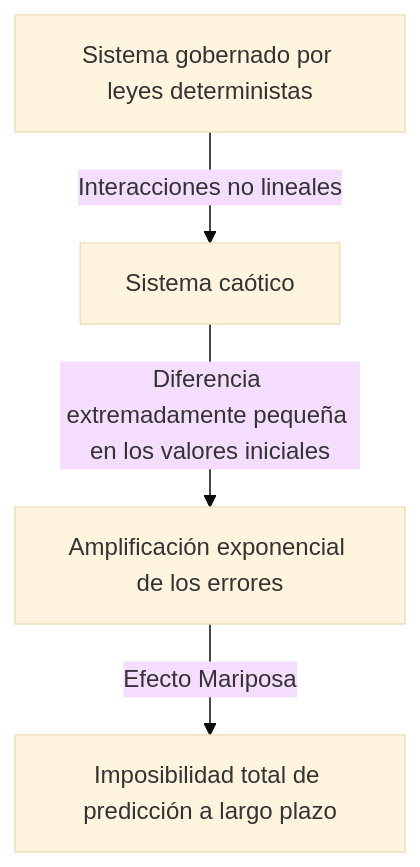
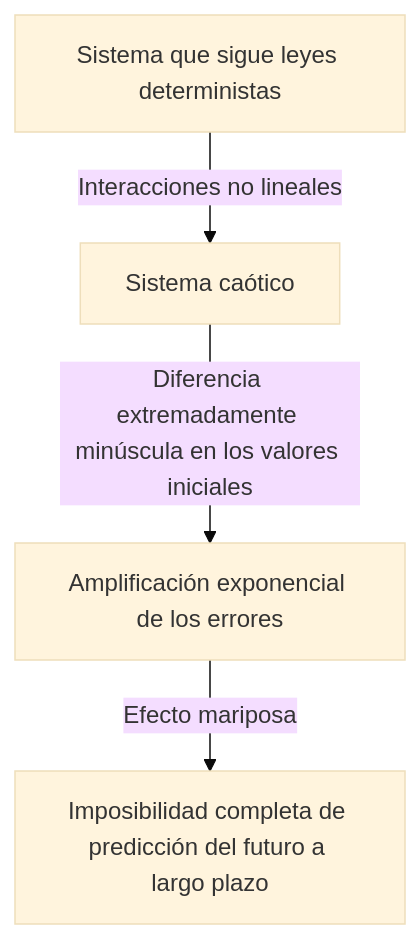
One commit to kenjinote/blog changed the first of 2 diagrams in content/post/chaos-theory/index.es.md. Above: the diagram before and after it, drawn with Mermaid (base theme). The commit also changed other lines of this file and 97 other files, not shown here.

````diff
--- a/content/post/chaos-theory/index.es.md
+++ b/content/post/chaos-theory/index.es.md
@@ -38,6 +38,6 @@
 ```mermaid
 graph TD
-    A["Sistema gobernado por leyes deterministas"] -->|"Interacciones no lineales"| B["Sistema caótico"]
-    B -->|"Diferencia extremadamente pequeña en los valores iniciales"| C["Amplificación exponencial de los errores"]
-    C -->|"Efecto Mariposa"| D["Imposibilidad total de predicción a largo plazo"]
+    A["Sistema que sigue leyes deterministas"] -->|"Interacciones no lineales"| B["Sistema caótico"]
+    B -->|"Diferencia extremadamente minúscula en los valores iniciales"| C["Amplificación exponencial de los errores"]
+    C -->|"Efecto mariposa"| D["Imposibilidad completa de predicción del futuro a largo plazo"]
 ```
````
